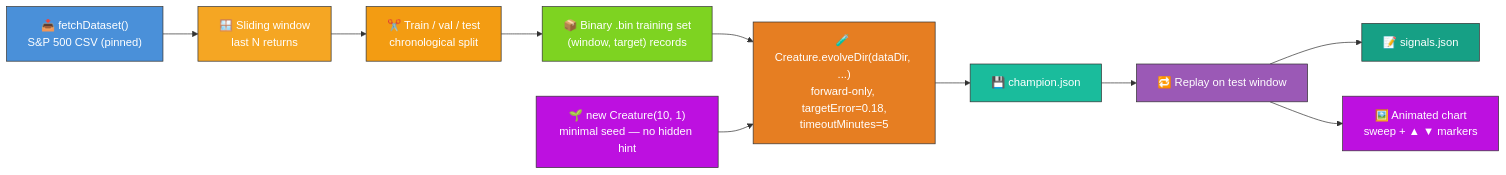
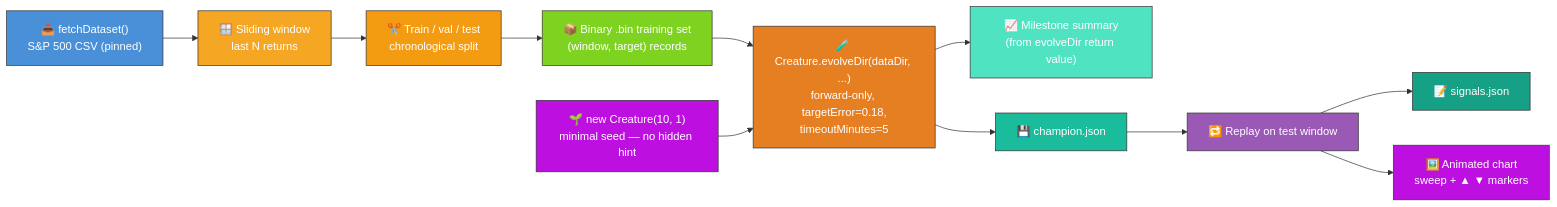
One commit to stSoftwareAU/NEAT-AI-Examples changed the diagram in stock_market/README.md. Above: the diagram before and after it, drawn with Mermaid. The commit also changed other lines of this file and 32 other files, not shown here.

````diff
--- a/stock_market/README.md
+++ b/stock_market/README.md
@@ -28,30 +27,33 @@
 ```mermaid
 flowchart LR
     DL["📥 fetchDataset()<br/>S&P 500 CSV (pinned)"]
     SLIDE["🪟 Sliding window<br/>last N returns"]
     SPLIT["✂️ Train / val / test<br/>chronological split"]
     BIN["📦 Binary .bin training set<br/>(window, target) records"]
     SEED["🌱 new Creature(10, 1)<br/>minimal seed — no hidden hint"]
     EVOLVE["🧪 Creature.evolveDir(dataDir, ...)<br/>forward-only, targetError=0.18,<br/>timeoutMinutes=5"]
+    SUMMARY["📈 Milestone summary<br/>(from evolveDir return value)"]
     CHAMP["💾 champion.json"]
     REPLAY["🔁 Replay on test window"]
     SIG["📝 signals.json"]
     CHART["🖼️ Animated chart<br/>sweep + ▲ ▼ markers"]
 
     DL --> SLIDE --> SPLIT --> BIN --> EVOLVE
     SEED --> EVOLVE
+    EVOLVE --> SUMMARY
     EVOLVE --> CHAMP
     CHAMP --> REPLAY --> SIG
     REPLAY --> CHART
 
     style DL fill:#4a90d9,stroke:#333,color:#fff
     style SLIDE fill:#f5a623,stroke:#333,color:#fff
     style SPLIT fill:#f39c12,stroke:#333,color:#fff
     style BIN fill:#7ed321,stroke:#333,color:#fff
     style SEED fill:#bd10e0,stroke:#333,color:#fff
     style EVOLVE fill:#e67e22,stroke:#333,color:#fff
+    style SUMMARY fill:#50e3c2,stroke:#333,color:#fff
     style CHAMP fill:#1abc9c,stroke:#333,color:#fff
     style REPLAY fill:#9b59b6,stroke:#333,color:#fff
     style SIG fill:#16a085,stroke:#333,color:#fff
     style CHART fill:#bd10e0,stroke:#333,color:#fff
 ```
````
